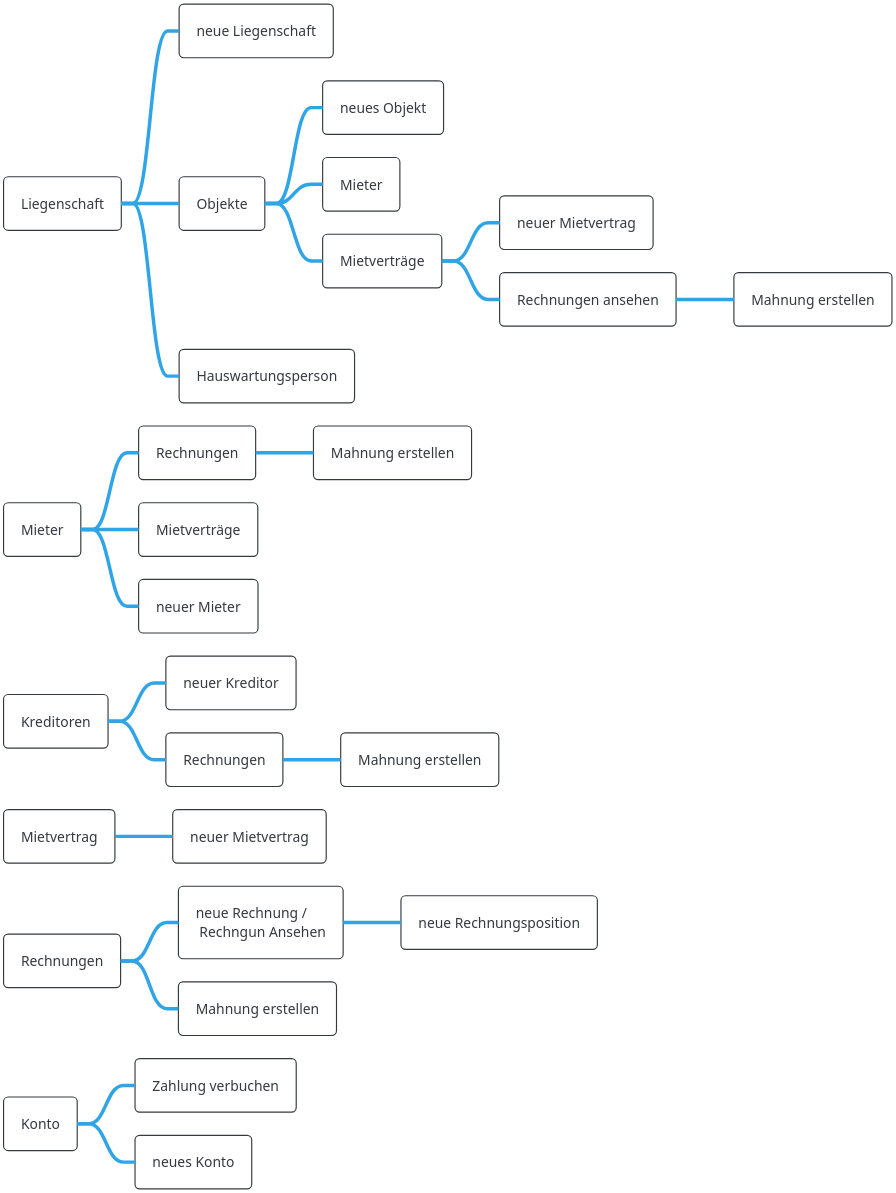
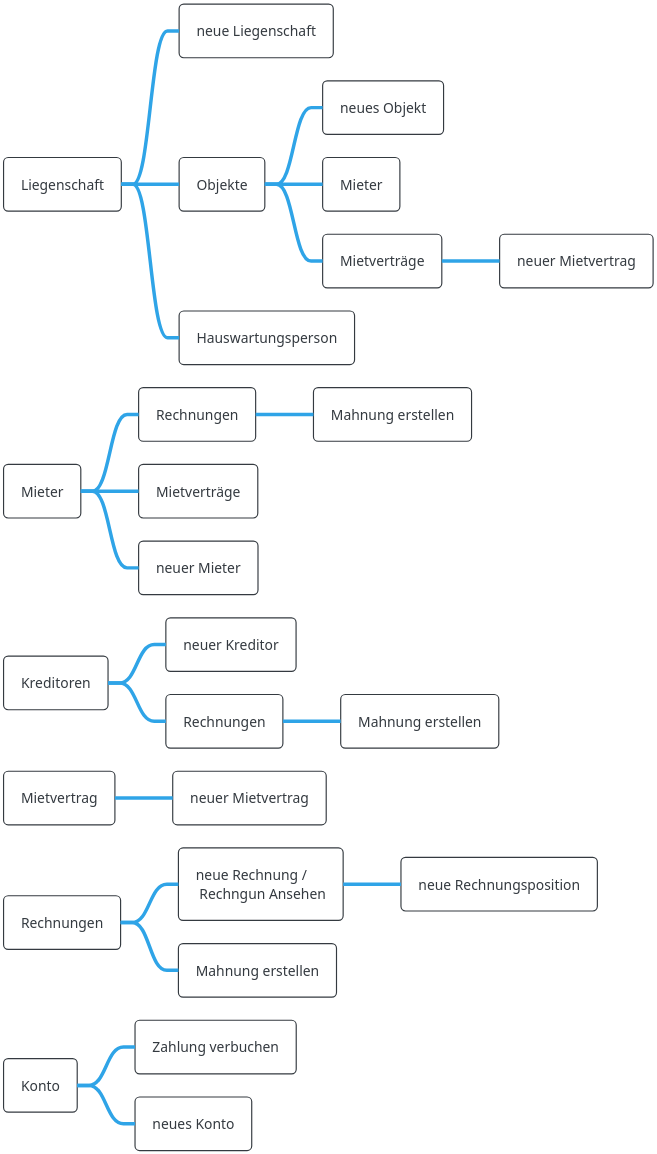
The diagram in docs/content/diagrams/guiMap.wsd (sirtheta/ImmoGlobal_Semesterarbeit), drawn with PlantUML before and after one commit. The commit also changed 1 other file, not shown here.

```diff
--- a/docs/content/diagrams/guiMap.wsd
+++ b/docs/content/diagrams/guiMap.wsd
@@ -1,37 +1,35 @@
 @startmindmap GuiMindMap
 !theme cerulean-outline
 skinparam dpi 300
 * Liegenschaft
 ** neue Liegenschaft
 ** Objekte
 *** neues Objekt
 *** Mieter
 *** Mietverträge
 **** neuer Mietvertrag
-**** Rechnungen ansehen
-***** Mahnung erstellen
 ** Hauswartungsperson
 
 * Mieter
 ** Rechnungen
 *** Mahnung erstellen
 ** Mietverträge
 ** neuer Mieter
 
 * Kreditoren
 ** neuer Kreditor
 ** Rechnungen
 *** Mahnung erstellen
 
 * Mietvertrag
 ** neuer Mietvertrag
 
 * Rechnungen
 ** neue Rechnung / \n Rechngun Ansehen
 *** neue Rechnungsposition
 ** Mahnung erstellen
 
 * Konto
 ** Zahlung verbuchen
 ** neues Konto
 @endmindmap
```
